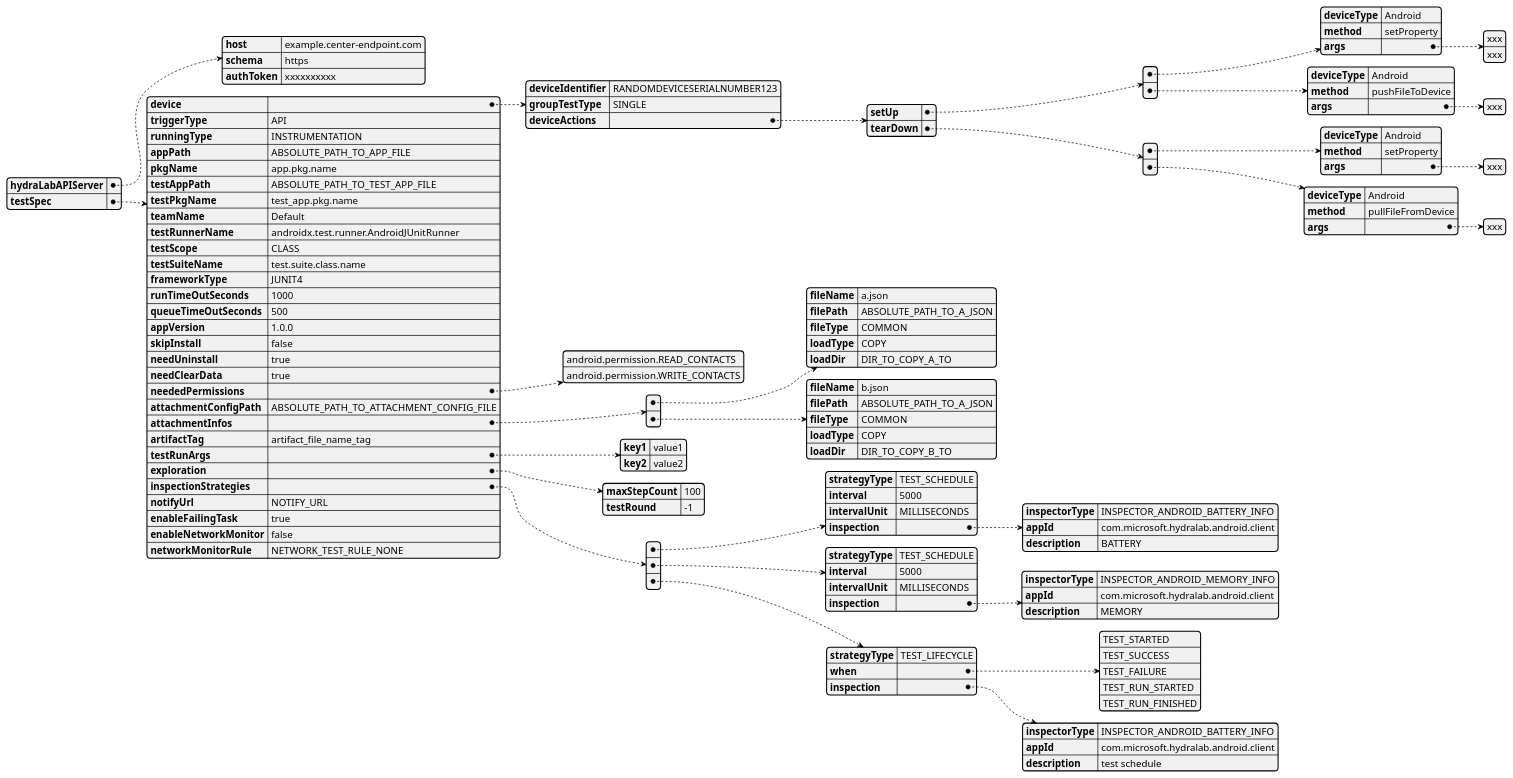
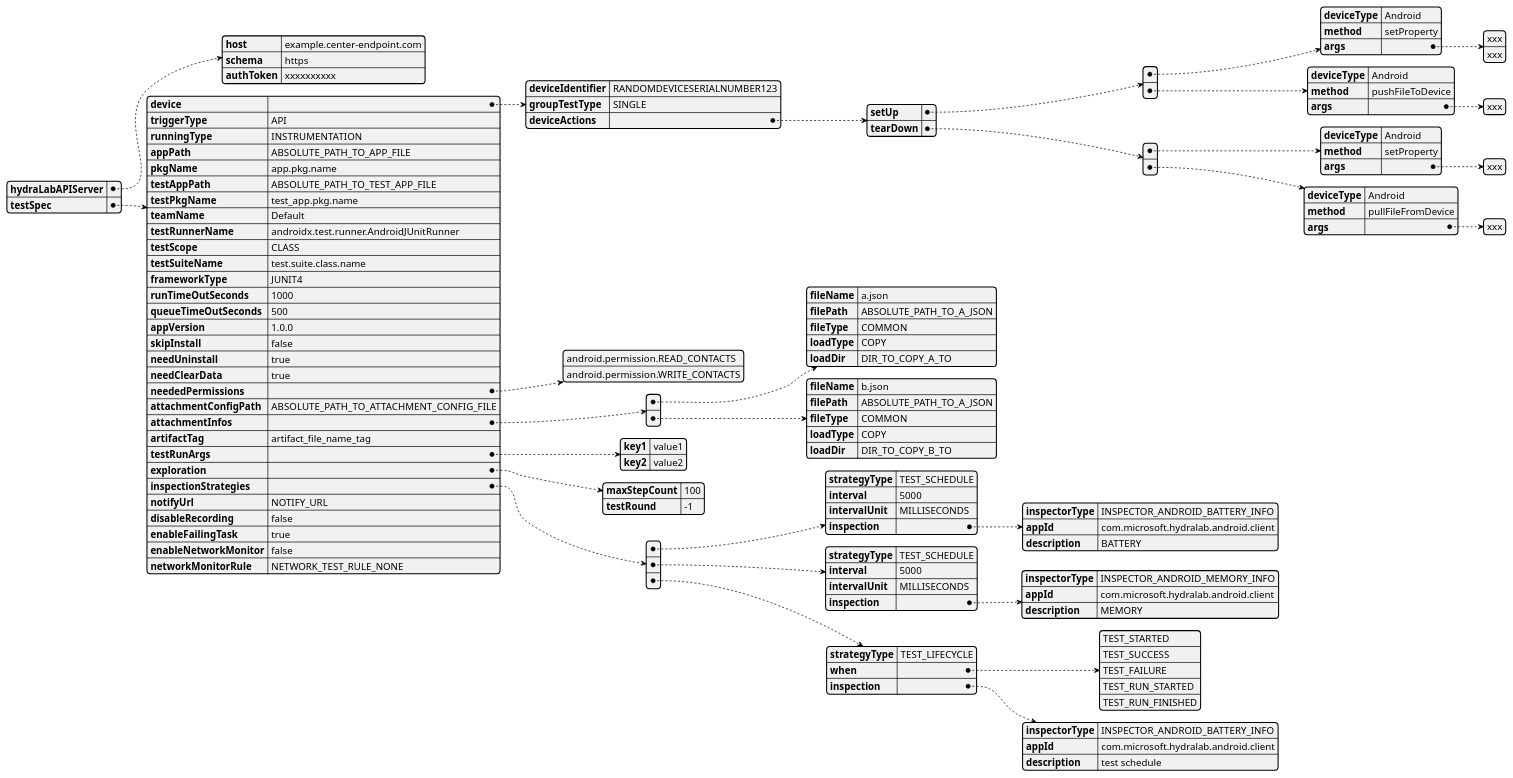
Before and after one commit to microsoft/HydraLab: the diagram in gradle_plugin/doc/UML/gradle_plugin_yaml_config_design.puml, drawn with PlantUML. The commit also changed 5 other files, not shown here.

Commit message:
Add new param disableRecording

```diff
--- a/gradle_plugin/doc/UML/gradle_plugin_yaml_config_design.puml
+++ b/gradle_plugin/doc/UML/gradle_plugin_yaml_config_design.puml
@@ -1,100 +1,101 @@
 @startyaml
 hydraLabAPIServer:
     host: example.center-endpoint.com
     schema: https
     authToken: xxxxxxxxxx
 testSpec:
     device:
         deviceIdentifier: RANDOMDEVICESERIALNUMBER123
         groupTestType: SINGLE
         deviceActions:
             setUp:
             - deviceType: Android
               method: setProperty
               args:
                 - xxx
                 - xxx
             - deviceType: Android
               method: pushFileToDevice
               args:
                 - xxx
             tearDown:
             - deviceType: Android
               method: setProperty
               args:
               - xxx
             - deviceType: Android
               method: pullFileFromDevice
               args:
               - xxx
     triggerType: API
     runningType: INSTRUMENTATION
     appPath: ABSOLUTE_PATH_TO_APP_FILE
     pkgName: app.pkg.name
     testAppPath: ABSOLUTE_PATH_TO_TEST_APP_FILE
     testPkgName: test_app.pkg.name
     teamName: Default
     testRunnerName: androidx.test.runner.AndroidJUnitRunner
     testScope: CLASS
     testSuiteName: test.suite.class.name
     frameworkType: JUNIT4
     runTimeOutSeconds: 1000
     queueTimeOutSeconds: 500
     appVersion: 1.0.0
     skipInstall: false
     needUninstall: true
     needClearData: true
     neededPermissions:
         - android.permission.READ_CONTACTS
         - android.permission.WRITE_CONTACTS
     attachmentConfigPath: ABSOLUTE_PATH_TO_ATTACHMENT_CONFIG_FILE
     attachmentInfos:
     - fileName: a.json
       filePath: ABSOLUTE_PATH_TO_A_JSON
       fileType: COMMON
       loadType: COPY
       loadDir: DIR_TO_COPY_A_TO
     - fileName: b.json
       filePath: ABSOLUTE_PATH_TO_A_JSON
       fileType: COMMON
       loadType: COPY
       loadDir: DIR_TO_COPY_B_TO
     artifactTag: artifact_file_name_tag
     testRunArgs:
         key1: value1
         key2: value2
     exploration:
         maxStepCount: 100
         testRound: -1
     inspectionStrategies:
     - strategyType: TEST_SCHEDULE
       interval: 5000
       intervalUnit: MILLISECONDS
       inspection:
         inspectorType: INSPECTOR_ANDROID_BATTERY_INFO
         appId: com.microsoft.hydralab.android.client
         description: BATTERY
     - strategyType: TEST_SCHEDULE
       interval: 5000
       intervalUnit: MILLISECONDS
       inspection:
         inspectorType: INSPECTOR_ANDROID_MEMORY_INFO
         appId: com.microsoft.hydralab.android.client
         description: MEMORY
     - strategyType: TEST_LIFECYCLE
       when:
         - TEST_STARTED
         - TEST_SUCCESS
         - TEST_FAILURE
         - TEST_RUN_STARTED
         - TEST_RUN_FINISHED
       inspection:
         inspectorType: INSPECTOR_ANDROID_BATTERY_INFO
         appId: com.microsoft.hydralab.android.client
         description: test schedule
     notifyUrl: NOTIFY_URL
+    disableRecording: false
     enableFailingTask: true
     enableNetworkMonitor: false
     networkMonitorRule: NETWORK_TEST_RULE_NONE
 
 @endyaml
```
